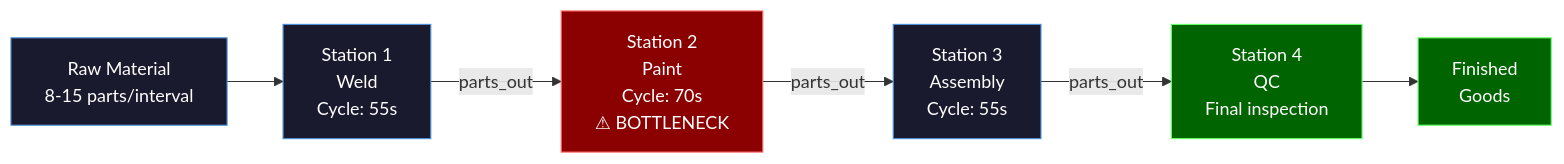
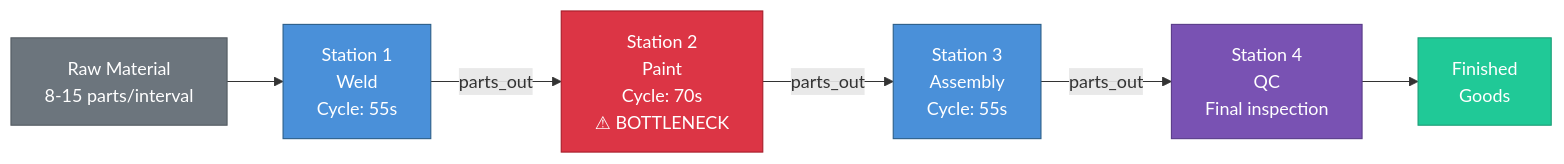
The second of 2 diagrams in docs/simulation/patterns/manufacturing.md (henryodibi11/Odibi), drawn with Mermaid before and after one commit. The commit also changed other lines of this file and 7 other files, not shown here.

First line of the commit message:
Fix mermaid diagram colors for readability across all 26 diagrams

````diff
--- a/docs/simulation/patterns/manufacturing.md
+++ b/docs/simulation/patterns/manufacturing.md
@@ -882,15 +882,15 @@
 ```mermaid
 flowchart LR
     RAW["Raw Material\n8-15 parts/interval"] --> S1["Station 1\nWeld\nCycle: 55s"]
     S1 -->|"parts_out"| S2["Station 2\nPaint\nCycle: 70s\n⚠ BOTTLENECK"]
     S2 -->|"parts_out"| S3["Station 3\nAssembly\nCycle: 55s"]
     S3 -->|"parts_out"| S4["Station 4\nQC\nFinal inspection"]
     S4 --> OUT["Finished\nGoods"]
 
-    style RAW fill:#1a1a2e,stroke:#4a90d9,color:#ffffff
-    style S1 fill:#1a1a2e,stroke:#4a90d9,color:#ffffff
-    style S2 fill:#8B0000,stroke:#ff6666,color:#ffffff
-    style S3 fill:#1a1a2e,stroke:#4a90d9,color:#ffffff
-    style S4 fill:#006400,stroke:#66ff66,color:#ffffff
-    style OUT fill:#006400,stroke:#66ff66,color:#ffffff
+    style RAW fill:#6c757d,stroke:#545b62,color:#ffffff
+    style S1 fill:#4a90d9,stroke:#2c5f8a,color:#ffffff
+    style S2 fill:#dc3545,stroke:#a71d2a,color:#ffffff
+    style S3 fill:#4a90d9,stroke:#2c5f8a,color:#ffffff
+    style S4 fill:#7952b3,stroke:#5a3d8a,color:#ffffff
+    style OUT fill:#20c997,stroke:#199d76,color:#ffffff
 ```
````
